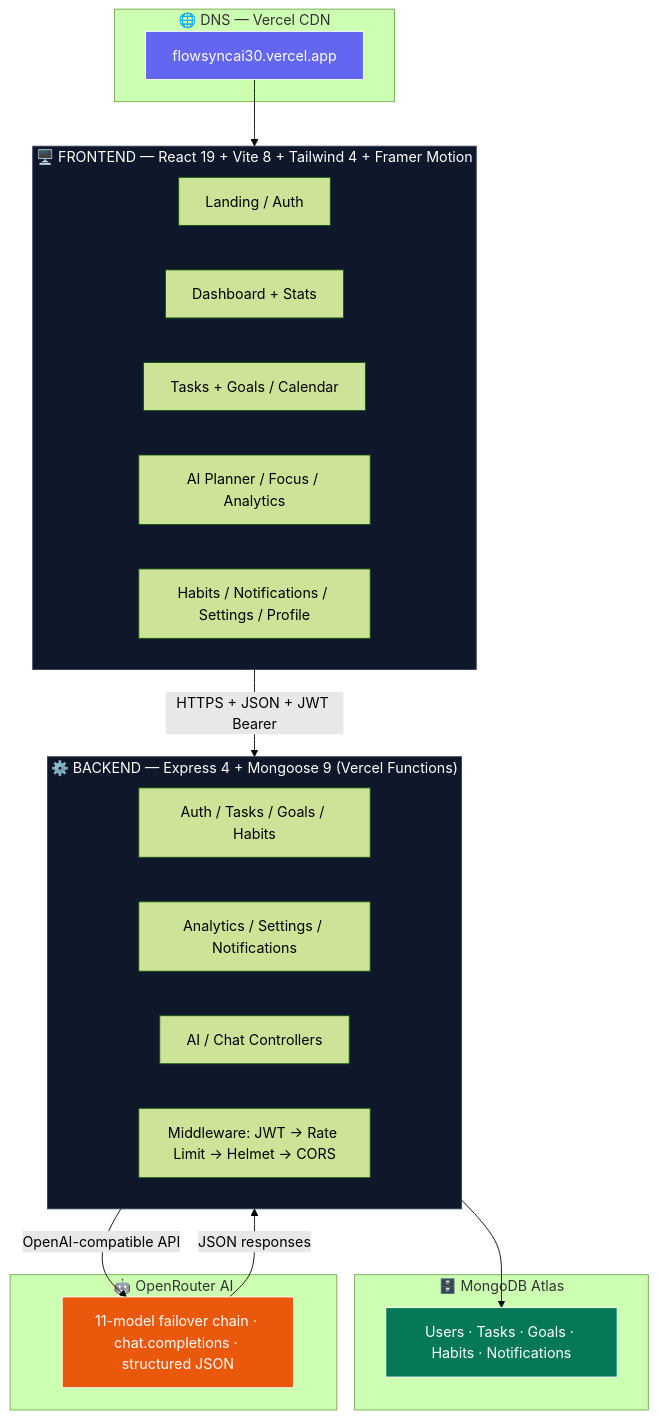
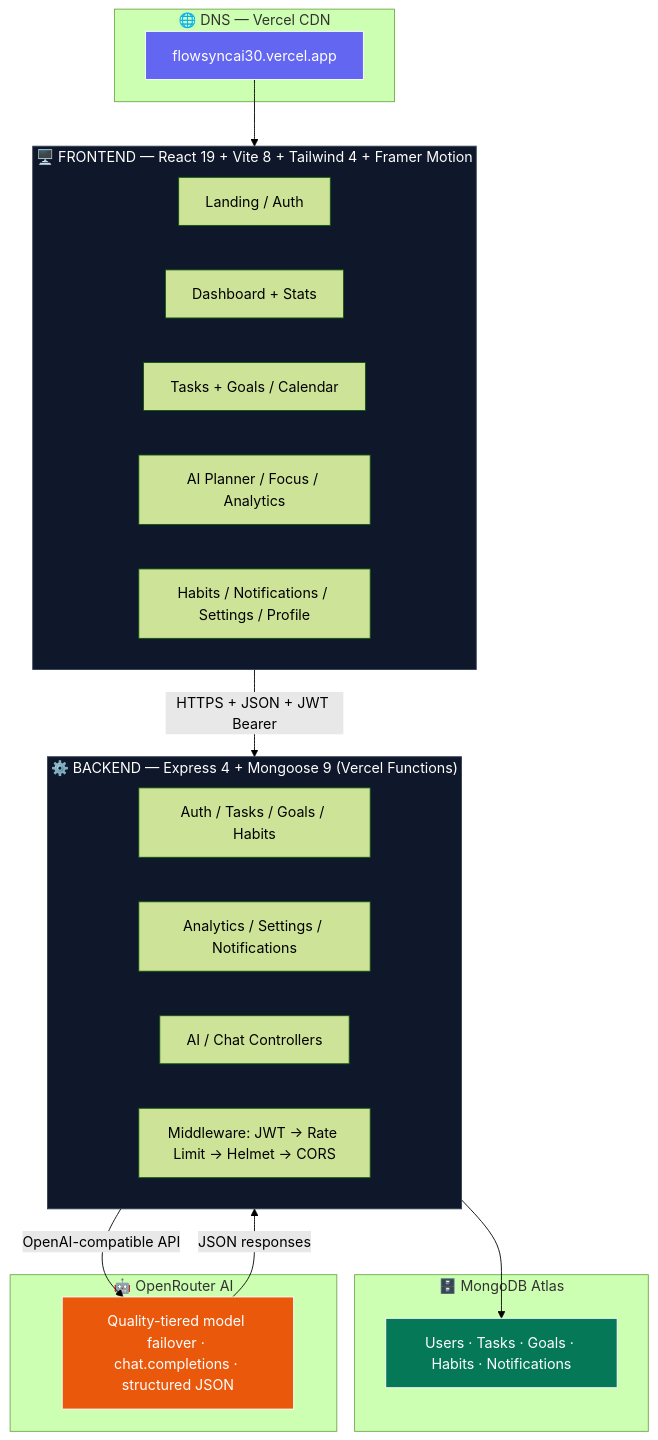
One commit to Shubham-997800/FlowSyncAi changed the second of 8 diagrams in README.md. Above: the diagram before and after it, drawn with Mermaid (forest theme). The commit also changed other lines of this file and 29 other files, not shown here.

First line of the commit message:
feat: v3.5 polish + coverage - AI quality tiers, chat context, shortcuts, error hardening

````diff
--- a/README.md
+++ b/README.md
@@ -252,43 +258,43 @@
 ```mermaid
 flowchart TB
     subgraph DNS["🌐 DNS — Vercel CDN"]
         D1["flowsyncai30.vercel.app"]
     end
 
     subgraph FE["🖥️ FRONTEND — React 19 + Vite 8 + Tailwind 4 + Framer Motion"]
         direction LR
         F1["Landing / Auth"]
         F2["Dashboard + Stats"]
         F3["Tasks + Goals / Calendar"]
         F4["AI Planner / Focus / Analytics"]
         F5["Habits / Notifications / Settings / Profile"]
     end
 
     subgraph BE["⚙️ BACKEND — Express 4 + Mongoose 9 (Vercel Functions)"]
         direction LR
         B1["Auth / Tasks / Goals / Habits"]
         B2["Analytics / Settings / Notifications"]
         B3["AI / Chat Controllers"]
         B4["Middleware: JWT → Rate Limit → Helmet → CORS"]
     end
 
     subgraph DATA["🗄️ MongoDB Atlas"]
         M1["Users · Tasks · Goals · Habits · Notifications"]
     end
 
     subgraph AI["🤖 OpenRouter AI"]
-        A1["11-model failover chain · chat.completions · structured JSON"]
+        A1["Quality-tiered model failover · chat.completions · structured JSON"]
     end
 
     D1 --> FE
     FE -- "HTTPS + JSON + JWT Bearer" --> BE
     BE --> M1
     BE -- "OpenAI-compatible API" --> A1
     A1 -- "JSON responses" --> BE
 
     style D1 fill:#6366f1,stroke:#fff,color:#fff
     style FE fill:#0f172a,stroke:#334155,color:#fff
     style BE fill:#0f172a,stroke:#334155,color:#fff
     style M1 fill:#047857,stroke:#fff,color:#fff
     style A1 fill:#ea580c,stroke:#fff,color:#fff
 ```
````
